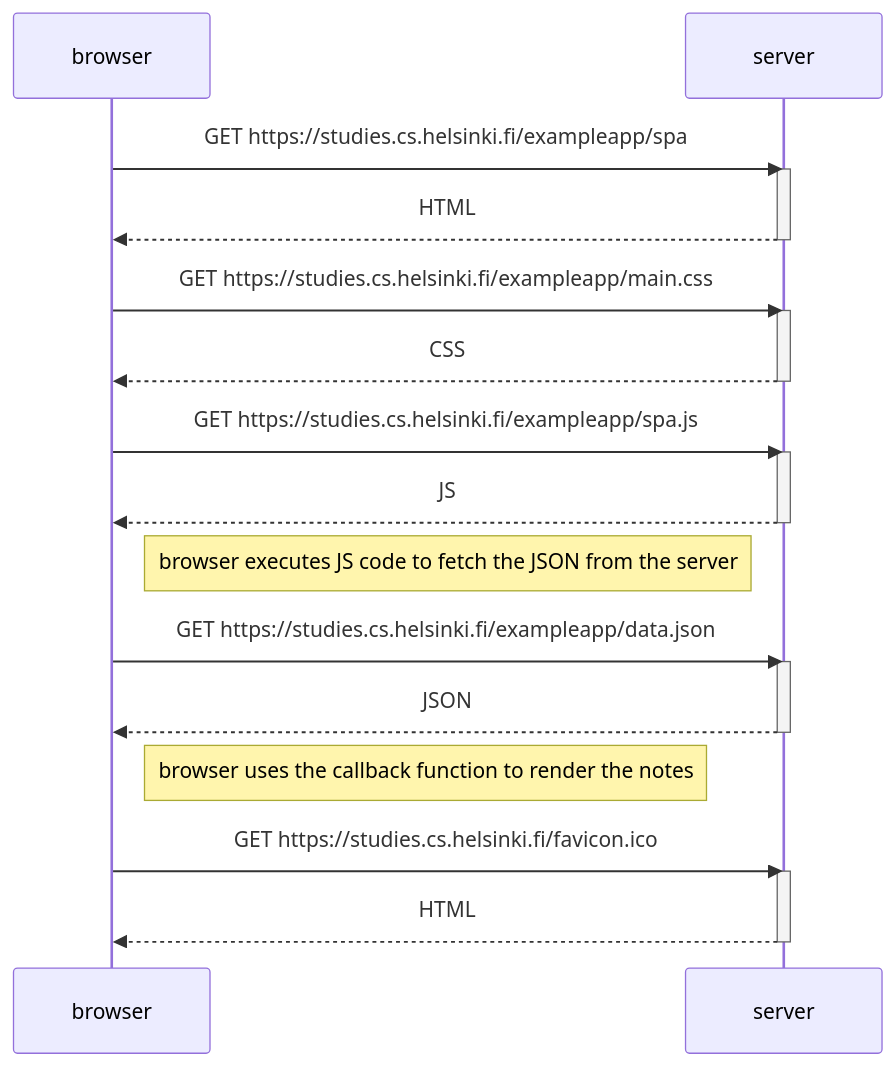
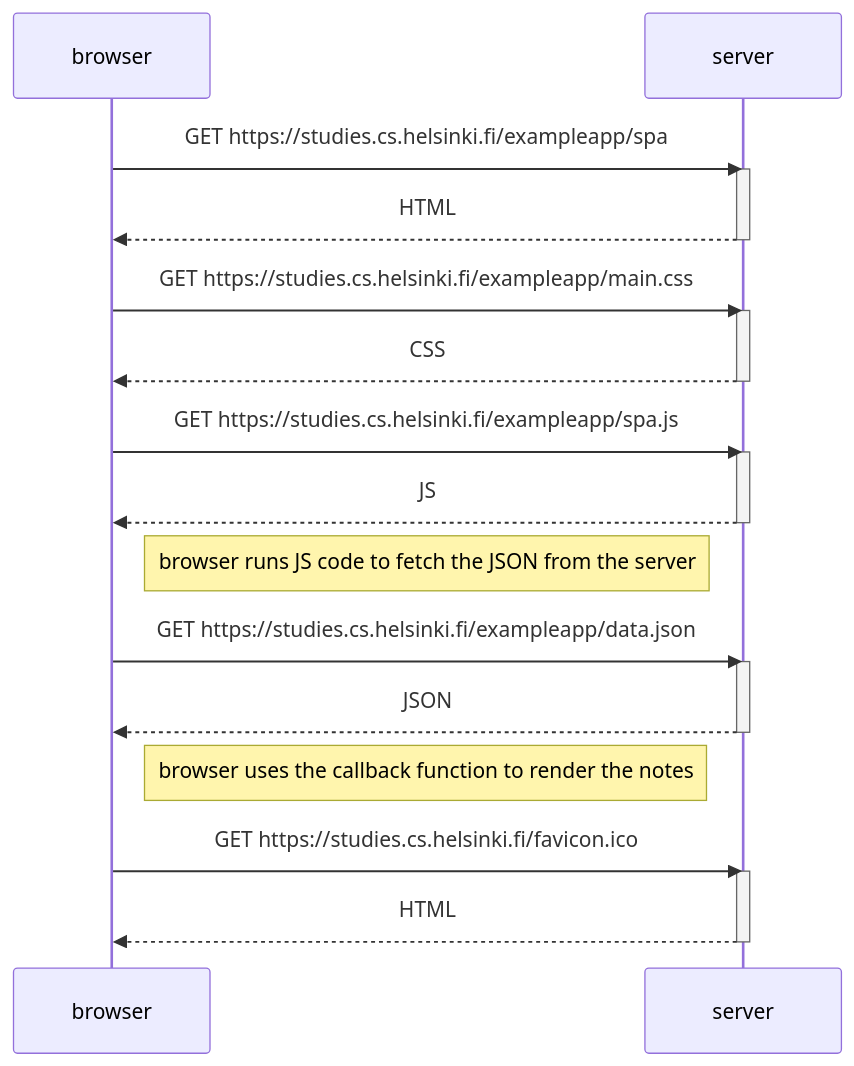
The diagram in part 0/0.5.md (ajunaidkaybee/fullstackopen), drawn with Mermaid before and after one commit.

````diff
--- a/part 0/0.5.md
+++ b/part 0/0.5.md
@@ -1,34 +1,34 @@
 ```mermaid
 sequenceDiagram
 participant browser
 participant server
 
     browser->>server: GET https://studies.cs.helsinki.fi/exampleapp/spa
     activate server
     server-->>browser: HTML
     deactivate server
 
     browser->>server: GET https://studies.cs.helsinki.fi/exampleapp/main.css
     activate server
     server-->>browser: CSS
     deactivate server
 
     browser->>server: GET https://studies.cs.helsinki.fi/exampleapp/spa.js
     activate server
     server-->>browser: JS
     deactivate server
 
-    Note right of browser: browser executes JS code to fetch the JSON from the server
+    Note right of browser: browser runs JS code to fetch the JSON from the server
 
     browser->>server: GET https://studies.cs.helsinki.fi/exampleapp/data.json
     activate server
     server-->>browser: JSON
     deactivate server
 
     Note right of browser: browser uses the callback function to render the notes
 
     browser->>server: GET https://studies.cs.helsinki.fi/favicon.ico
     activate server
     server-->>browser: HTML
     deactivate server
 ```
````
